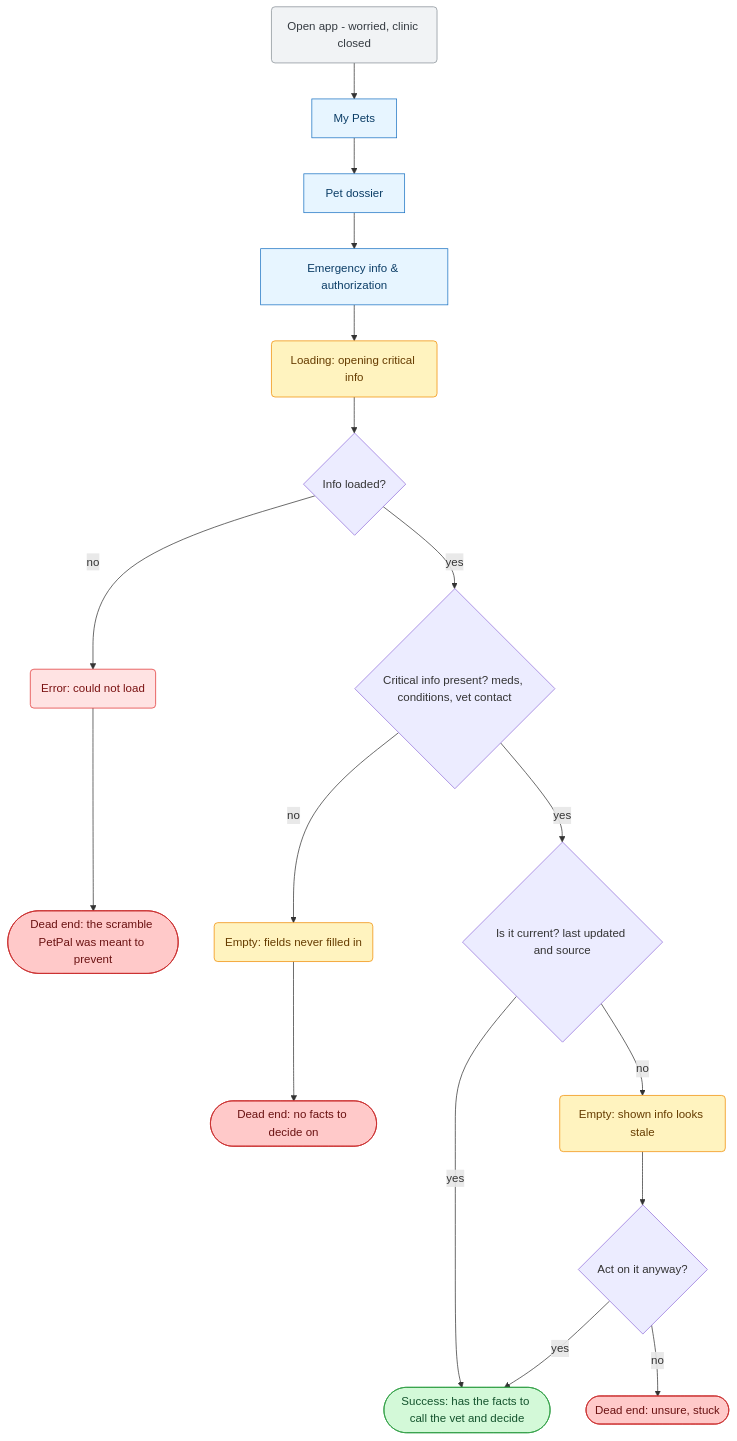
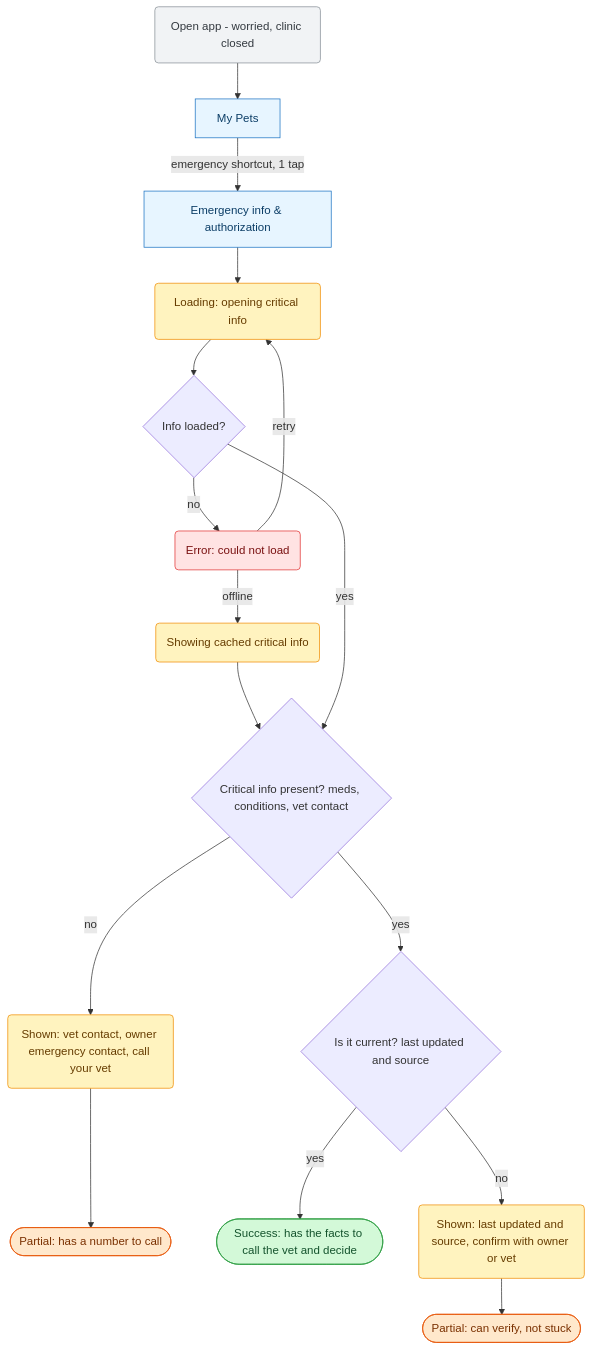
One commit to anaferens/pet-pal changed the fourth of 4 diagrams in research/flows.md. Above: the diagram before and after it, drawn with Mermaid. The commit also changed other lines of this file and 2 other files, not shown here.

First line of the commit message:
Apply sitemap/flows critique fixes; add critique doc

````diff
--- a/research/flows.md
+++ b/research/flows.md
@@ -156,32 +180,31 @@
 ```mermaid
 flowchart TD
   Start("Open app - worried, clinic closed") --> Pets["My Pets"]
-  Pets --> Dossier["Pet dossier"]
-  Dossier --> Emerg["Emergency info & authorization"]
+  Pets -->|emergency shortcut, 1 tap| Emerg["Emergency info & authorization"]
   Emerg --> Load("Loading: opening critical info")
   Load --> Q1{"Info loaded?"}
   Q1 -->|no| Err("Error: could not load")
-  Err --> DeadErr(["Dead end: the scramble PetPal was meant to prevent"])
+  Err -->|retry| Load
+  Err -->|offline| Cached("Showing cached critical info")
+  Cached --> Q2
   Q1 -->|yes| Q2{"Critical info present? meds, conditions, vet contact"}
-  Q2 -->|no| Empty("Empty: fields never filled in")
-  Empty --> DeadEmpty(["Dead end: no facts to decide on"])
   Q2 -->|yes| Q3{"Is it current? last updated and source"}
+  Q2 -->|no| Fallback("Shown: vet contact, owner emergency contact, call your vet")
+  Fallback --> Soft1(["Partial: has a number to call"])
   Q3 -->|yes| Acted(["Success: has the facts to call the vet and decide"])
-  Q3 -->|no| Stale("Empty: shown info looks stale")
-  Stale --> Q4{"Act on it anyway?"}
-  Q4 -->|no| DeadStale(["Dead end: unsure, stuck"])
-  Q4 -->|yes| Acted
+  Q3 -->|no| Source("Shown: last updated and source, confirm with owner or vet")
+  Source --> Soft2(["Partial: can verify, not stuck"])
 
   classDef screen fill:#e7f5ff,stroke:#1971c2,color:#0b3d66;
   classDef state fill:#fff3bf,stroke:#f08c00,color:#663c00;
   classDef error fill:#ffe3e3,stroke:#e03131,color:#7a1212;
   classDef success fill:#d3f9d8,stroke:#2f9e44,color:#14532d;
-  classDef deadend fill:#ffc9c9,stroke:#c92a2a,color:#6a1212;
+  classDef soft fill:#ffe8cc,stroke:#e8590c,color:#7a3000;
   classDef start fill:#f1f3f5,stroke:#868e96,color:#343a40;
   class Start start;
-  class Pets,Dossier,Emerg screen;
-  class Load,Empty,Stale state;
+  class Pets,Emerg screen;
+  class Load,Cached,Fallback,Source state;
   class Err error;
   class Acted success;
-  class DeadErr,DeadEmpty,DeadStale deadend;
+  class Soft1,Soft2 soft;
 ```
````
